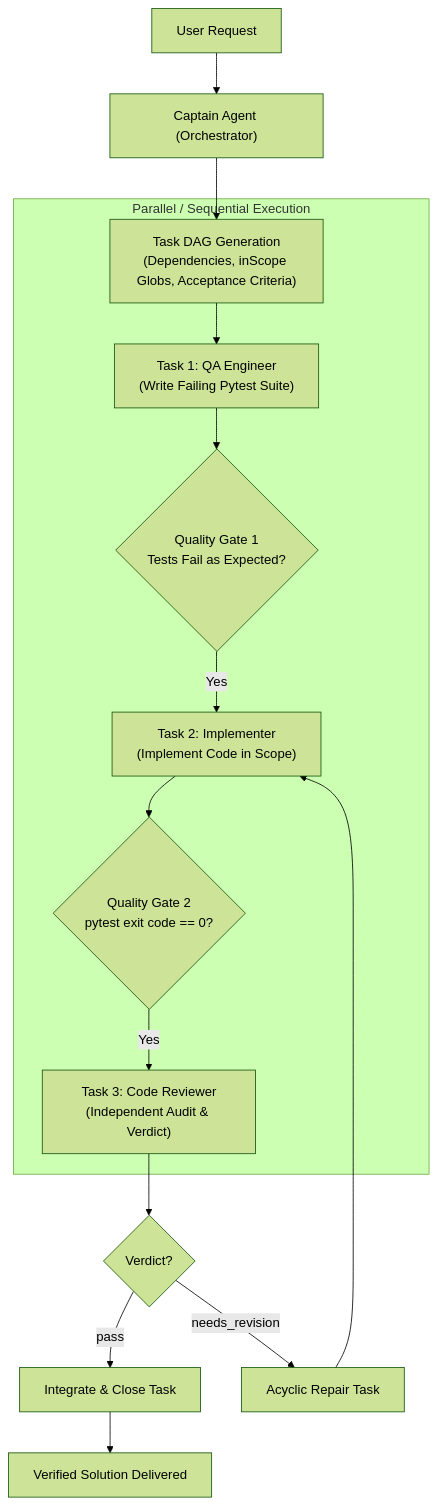
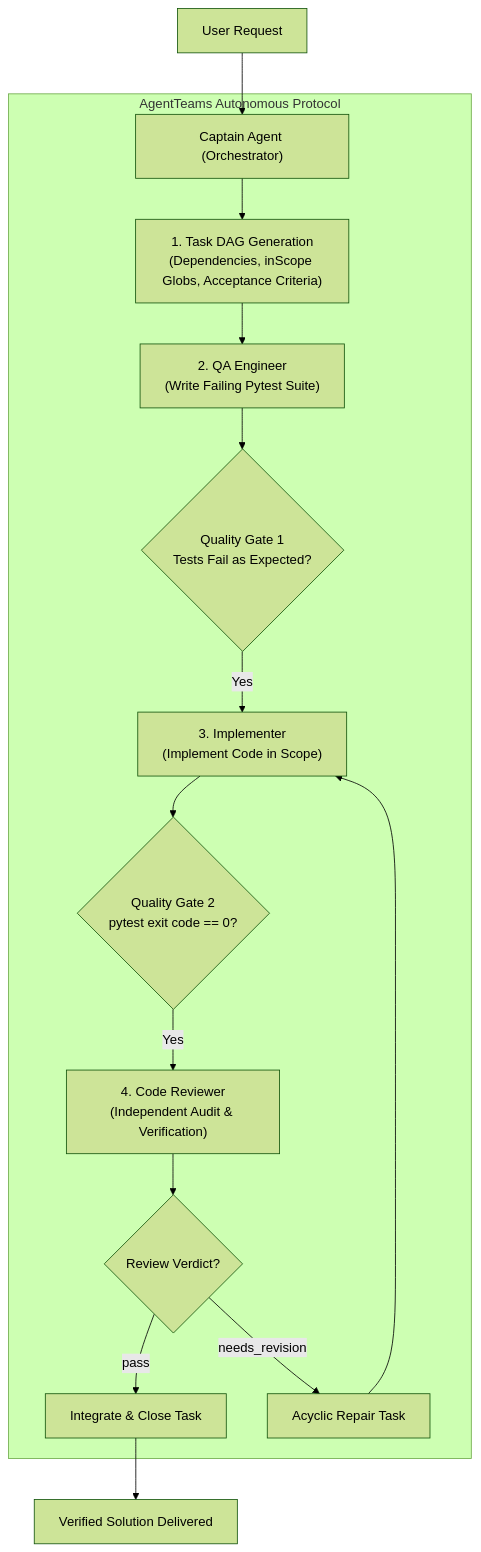
Before and after one commit to engsanadalbahar-source/agent-teams: the diagram in README.md, drawn with Mermaid (forest theme). The commit also changed 10 other files, not shown here.

Commit message:
fix(diagram): encompass full orchestration protocol inside Mermaid subgraph

````diff
--- a/README.md
+++ b/README.md
@@ -61,19 +61,33 @@
 ```mermaid
 flowchart TD
-    User["User Request"] --> Captain["Captain Agent (Orchestrator)"]
-    Captain --> DAG["Task DAG Generation<br/>(Dependencies, inScope Globs, Acceptance Criteria)"]
-    
-    subgraph Execution ["Parallel / Sequential Execution"]
-        DAG --> T1["Task 1: QA Engineer<br/>(Write Failing Pytest Suite)"]
-        T1 --> G1{"Quality Gate 1<br/>Tests Fail as Expected?"}
-        G1 -->|Yes| T2["Task 2: Implementer<br/>(Implement Code in Scope)"]
-        T2 --> G2{"Quality Gate 2<br/>pytest exit code == 0?"}
-        G2 -->|Yes| T3["Task 3: Code Reviewer<br/>(Independent Audit & Verdict)"]
+    User["User Request"] --> Captain
+
+    subgraph Team ["AgentTeams Autonomous Protocol"]
+        Captain["Captain Agent (Orchestrator)"]
+        DAG["1. Task DAG Generation<br/>(Dependencies, inScope Globs, Acceptance Criteria)"]
+        
+        T1["2. QA Engineer<br/>(Write Failing Pytest Suite)"]
+        G1{"Quality Gate 1<br/>Tests Fail as Expected?"}
+        
+        T2["3. Implementer<br/>(Implement Code in Scope)"]
+        G2{"Quality Gate 2<br/>pytest exit code == 0?"}
+        
+        T3["4. Code Reviewer<br/>(Independent Audit & Verification)"]
+        ReviewVerdict{"Review Verdict?"}
+        Repair["Acyclic Repair Task"]
+        Merge["Integrate & Close Task"]
+
+        Captain --> DAG
+        DAG --> T1
+        T1 --> G1
+        G1 -->|Yes| T2
+        T2 --> G2
+        G2 -->|Yes| T3
+        T3 --> ReviewVerdict
+        ReviewVerdict -->|pass| Merge
+        ReviewVerdict -->|needs_revision| Repair
+        Repair --> T2
     end
 
-    T3 --> ReviewVerdict{"Verdict?"}
-    ReviewVerdict -->|pass| Merge["Integrate & Close Task"]
-    ReviewVerdict -->|needs_revision| Repair["Acyclic Repair Task"]
-    Repair --> T2
     Merge --> UserSuccess["Verified Solution Delivered"]
 ```
````
